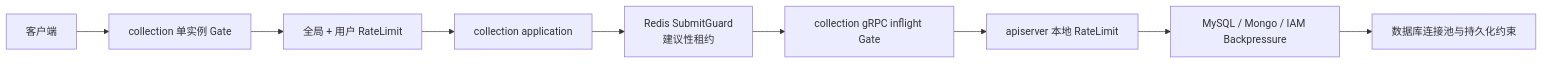
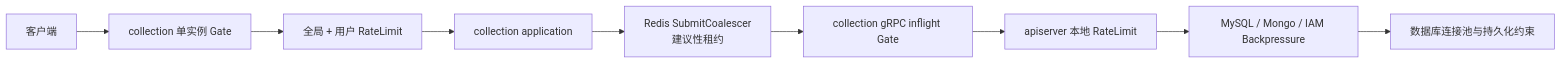
One commit to FangcunMount/qs-server changed the diagram in docs/03-基础设施/concurrency/README.md. Above: the diagram before and after it, drawn with Mermaid. The commit also changed other lines of this file and 35 other files, not shown here.

````diff
--- a/docs/03-基础设施/concurrency/README.md
+++ b/docs/03-基础设施/concurrency/README.md
@@ -19,11 +19,11 @@
 ```mermaid
 flowchart LR
     Client["客户端"] --> HTTPGate["collection 单实例 Gate"]
     HTTPGate --> Rate["全局 + 用户 RateLimit"]
     Rate --> App["collection application"]
-    App --> Guard["Redis SubmitGuard<br/>建议性租约"]
+    App --> Guard["Redis SubmitCoalescer<br/>建议性租约"]
     Guard --> GRPCGate["collection gRPC inflight Gate"]
     GRPCGate --> APIRate["apiserver 本地 RateLimit"]
     APIRate --> BP["MySQL / Mongo / IAM Backpressure"]
     BP --> Store["数据库连接池与持久化约束"]
 ```
````
